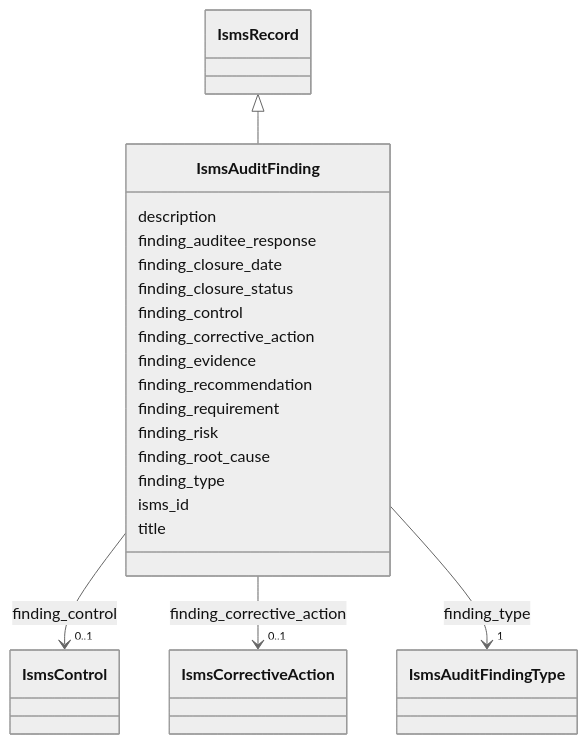
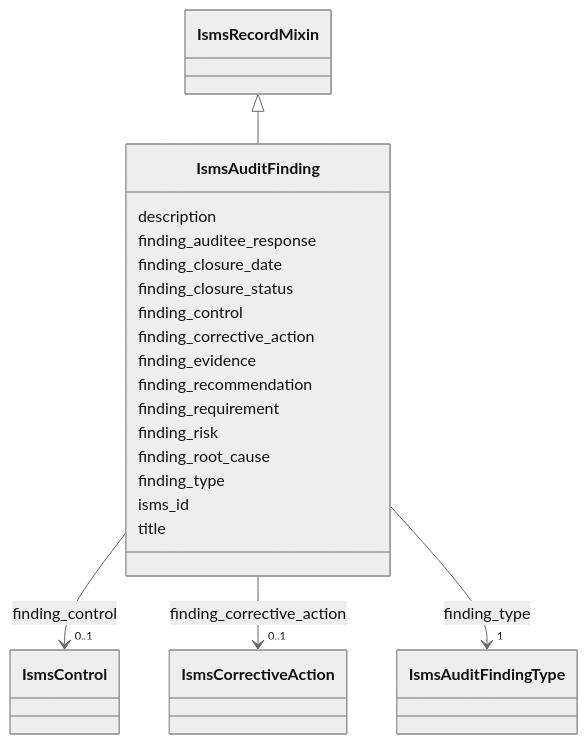
One commit to lmodel/iso27001 changed the diagram in project/mermaid/IsmsAuditFinding.md. Above: the diagram before and after it, drawn with Mermaid (neutral theme). The commit also changed 171 other files, not shown here.

Commit message:
refactor(schema): make the record base a mixin so adapt can root records

````diff
--- a/project/mermaid/IsmsAuditFinding.md
+++ b/project/mermaid/IsmsAuditFinding.md
@@ -4,64 +4,64 @@
 ```mermaid
  classDiagram
     class IsmsAuditFinding
     click IsmsAuditFinding href "../IsmsAuditFinding"
-      IsmsRecord <|-- IsmsAuditFinding
-        click IsmsRecord href "../IsmsRecord"
+      IsmsRecordMixin <|-- IsmsAuditFinding
+        click IsmsRecordMixin href "../IsmsRecordMixin"
       
       IsmsAuditFinding : description
         
       IsmsAuditFinding : finding_auditee_response
         
       IsmsAuditFinding : finding_closure_date
         
       IsmsAuditFinding : finding_closure_status
         
       IsmsAuditFinding : finding_control
         
           
     
         
         
         IsmsAuditFinding --> "0..1" IsmsControl : finding_control
         click IsmsControl href "../IsmsControl"
     
 
         
       IsmsAuditFinding : finding_corrective_action
         
           
     
         
         
         IsmsAuditFinding --> "0..1" IsmsCorrectiveAction : finding_corrective_action
         click IsmsCorrectiveAction href "../IsmsCorrectiveAction"
     
 
         
       IsmsAuditFinding : finding_evidence
         
       IsmsAuditFinding : finding_recommendation
         
       IsmsAuditFinding : finding_requirement
         
       IsmsAuditFinding : finding_risk
         
       IsmsAuditFinding : finding_root_cause
         
       IsmsAuditFinding : finding_type
         
           
     
         
         
         IsmsAuditFinding --> "1" IsmsAuditFindingType : finding_type
         click IsmsAuditFindingType href "../IsmsAuditFindingType"
     
 
         
       IsmsAuditFinding : isms_id
         
       IsmsAuditFinding : title
         
       
 ```
````
